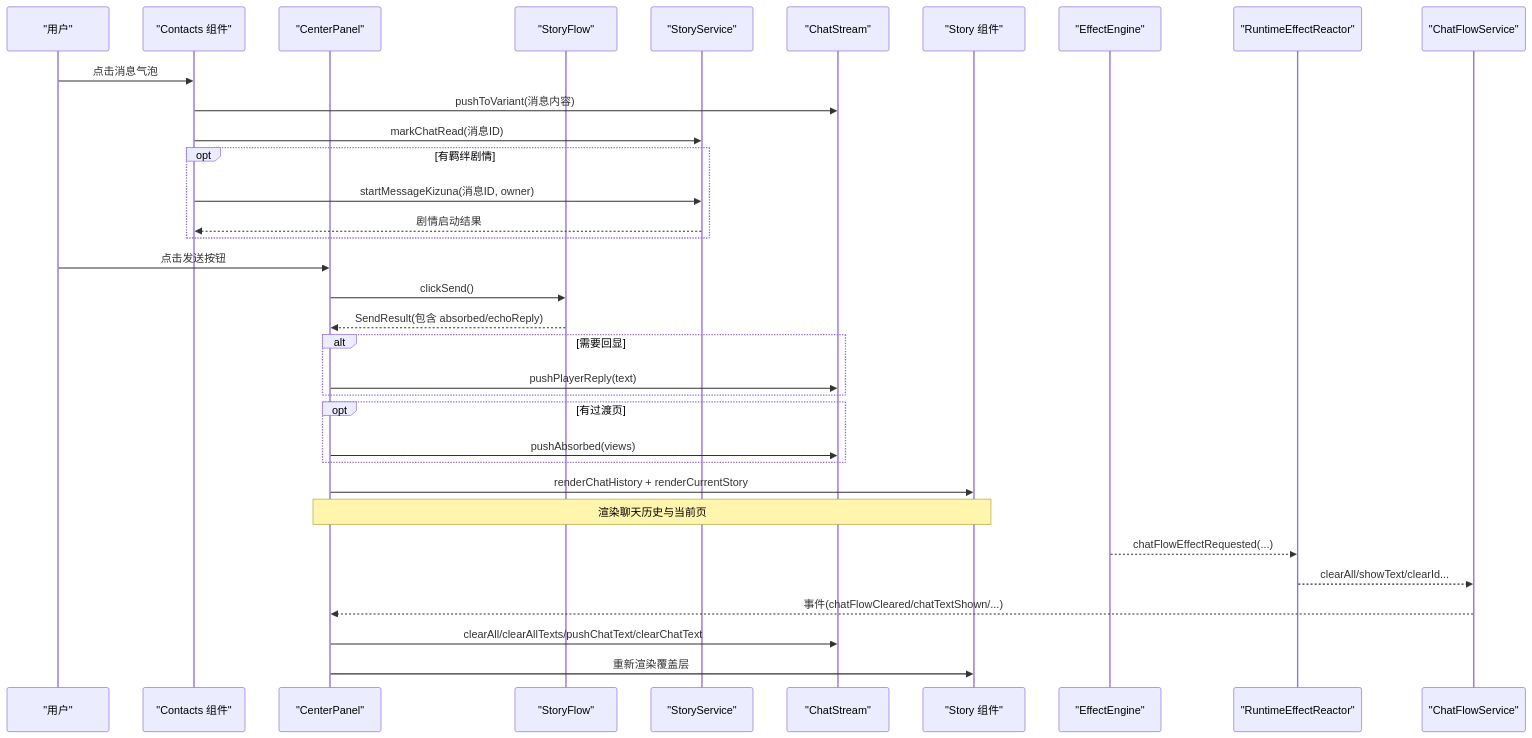
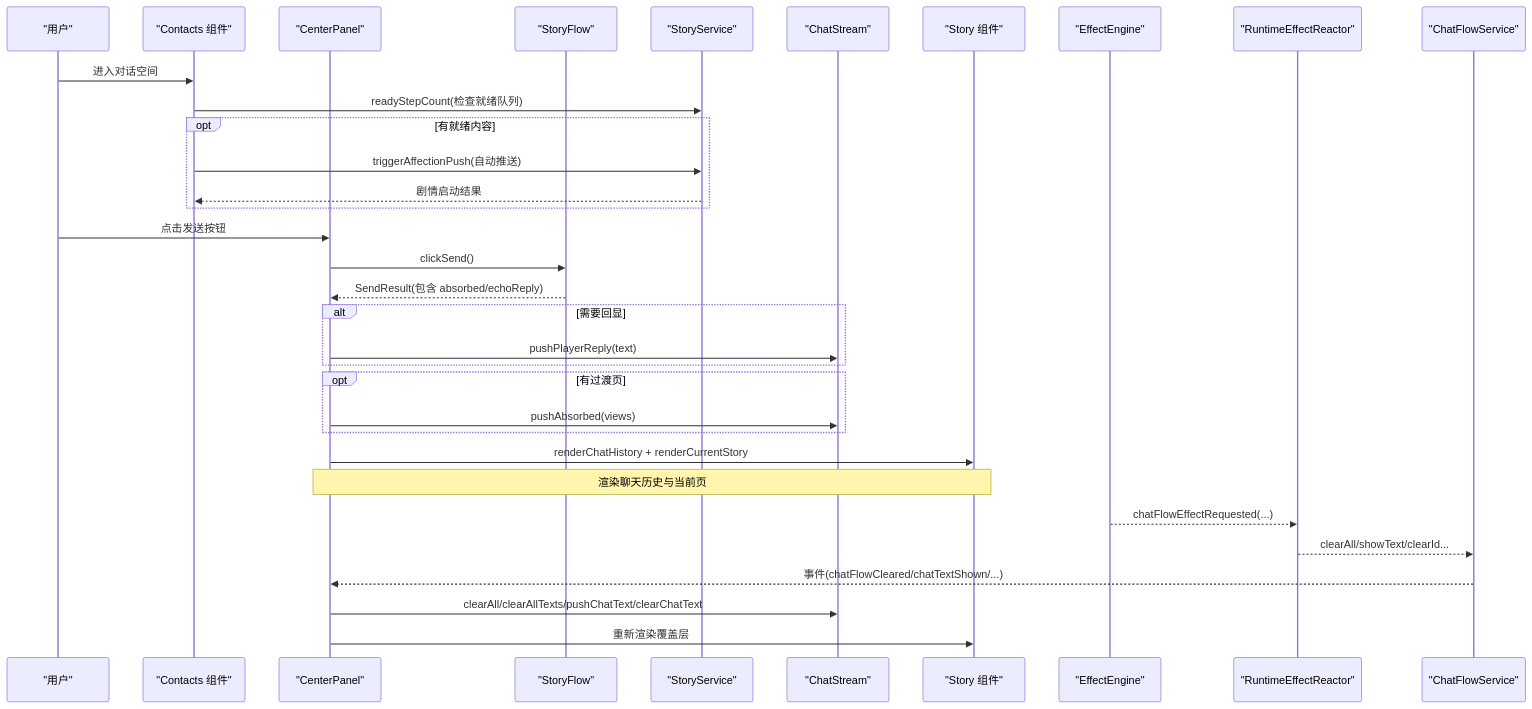
One commit to EsiLA9/Arona-Clicker changed the second of 7 diagrams in .qoder/repowiki/zh/content/用户界面/聊天界面.md. Above: the diagram before and after it, drawn with Mermaid. The commit also changed other lines of this file and 176 other files, not shown here.

````diff
--- a/.qoder/repowiki/zh/content/用户界面/聊天界面.md
+++ b/.qoder/repowiki/zh/content/用户界面/聊天界面.md
@@ -142,36 +140,35 @@
 ```mermaid
 sequenceDiagram
 participant U as "用户"
 participant CT as "Contacts 组件"
 participant CP as "CenterPanel"
 participant SF as "StoryFlow"
 participant SS as "StoryService"
 participant CS as "ChatStream"
 participant ST as "Story 组件"
 participant EE as "EffectEngine"
 participant RR as "RuntimeEffectReactor"
 participant CFS as "ChatFlowService"
-U->>CT : 点击消息气泡
-CT->>CS : pushToVariant(消息内容)
-CT->>SS : markChatRead(消息ID)
-opt 有羁绊剧情
-CT->>SS : startMessageKizuna(消息ID, owner)
+U->>CT : 进入对话空间
+CT->>SS : readyStepCount(检查就绪队列)
+opt 有就绪内容
+CT->>SS : triggerAffectionPush(自动推送)
 SS-->>CT : 剧情启动结果
 end
 U->>CP : 点击发送按钮
 CP->>SF : clickSend()
 SF-->>CP : SendResult(包含 absorbed/echoReply)
 alt 需要回显
 CP->>CS : pushPlayerReply(text)
 end
 opt 有过渡页
 CP->>CS : pushAbsorbed(views)
 end
 CP->>ST : renderChatHistory + renderCurrentStory
 Note over CP,ST : 渲染聊天历史与当前页
 EE-->>RR : chatFlowEffectRequested(...)
 RR-->>CFS : clearAll/showText/clearId...
 CFS-->>CP : 事件(chatFlowCleared/chatTextShown/...)
 CP->>CS : clearAll/clearAllTexts/pushChatText/clearChatText
 CP->>ST : 重新渲染覆盖层
 ```
````
